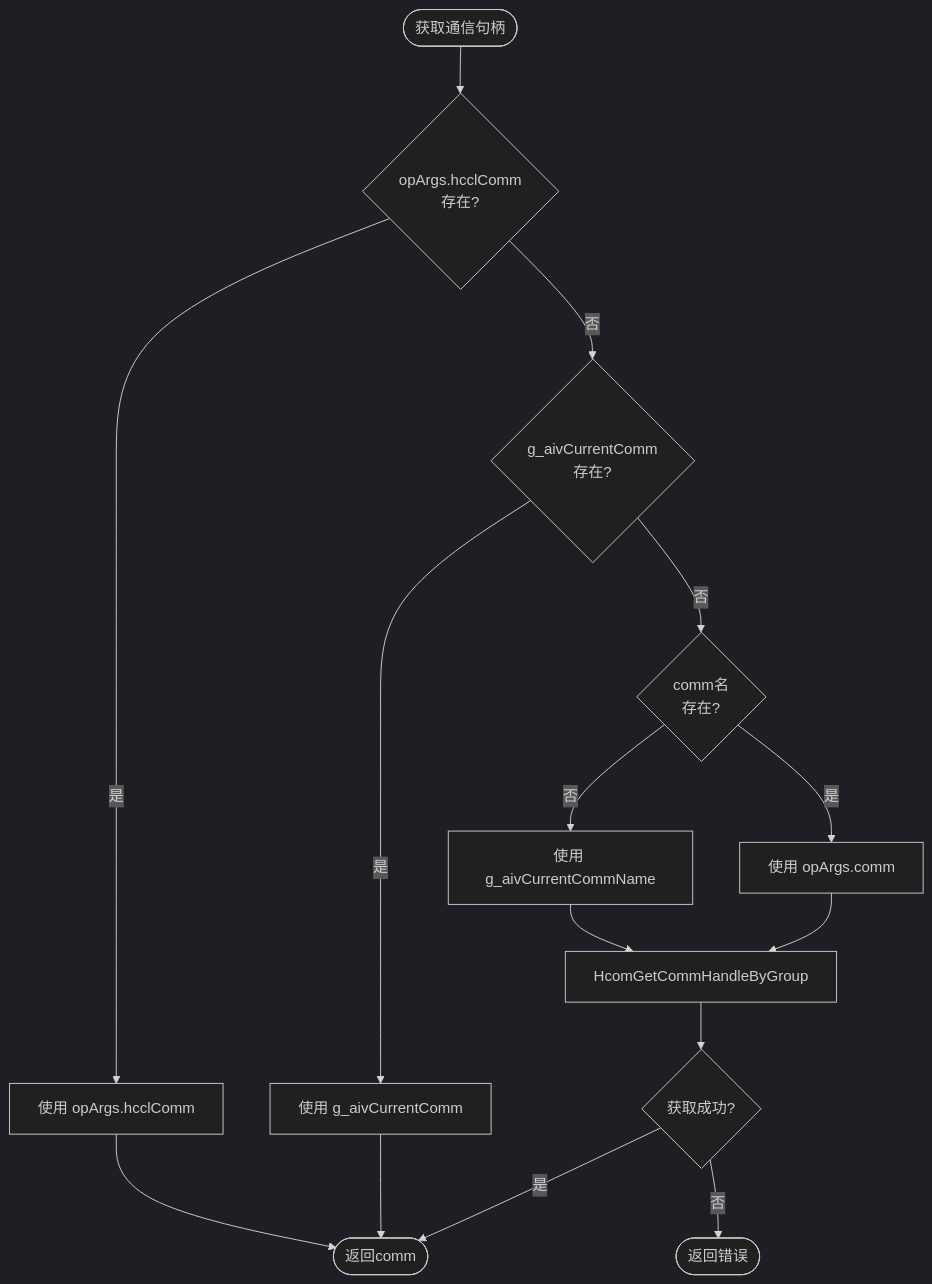
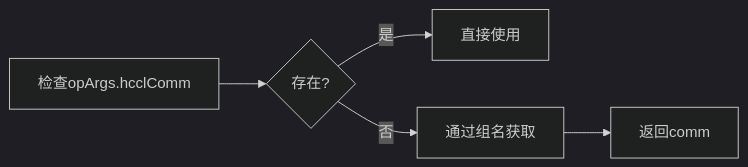
One commit to libochao-huawei/HCCL changed the eighth of 8 diagrams in docs/AIV_Task_Exception_Handler_Design.md. Above: the diagram before and after it, drawn with Mermaid (dark theme). The commit also changed other lines of this file, not shown here.

````diff
--- a/docs/AIV_Task_Exception_Handler_Design.md
+++ b/docs/AIV_Task_Exception_Handler_Design.md
@@ -343,22 +260,7 @@
 ```mermaid
-flowchart TB
-    Start([获取通信句柄]) --> CheckOpArgs{opArgs.hcclComm<br/>存在?}
-    CheckOpArgs -->|是| UseOpArgs[使用 opArgs.hcclComm]
-    CheckOpArgs -->|否| CheckThreadLocal{g_aivCurrentComm<br/>存在?}
-    
-    CheckThreadLocal -->|是| UseThreadLocal[使用 g_aivCurrentComm]
-    CheckThreadLocal -->|否| CheckCommName{comm名<br/>存在?}
-    
-    CheckCommName -->|否| UseDefault[使用 g_aivCurrentCommName]
-    CheckCommName -->|是| GetName[使用 opArgs.comm]
-    
-    UseDefault --> GetByName[HcomGetCommHandleByGroup]
-    GetName --> GetByName
-    
-    GetByName --> CheckResult{获取成功?}
-    CheckResult -->|是| Return([返回comm])
-    CheckResult -->|否| Error([返回错误])
-    
-    UseOpArgs --> Return
-    UseThreadLocal --> Return
+flowchart LR
+    A[检查opArgs.hcclComm] --> B{存在?}
+    B -->|是| C[直接使用]
+    B -->|否| D[通过组名获取]
+    D --> E[返回comm]
 ```
````
